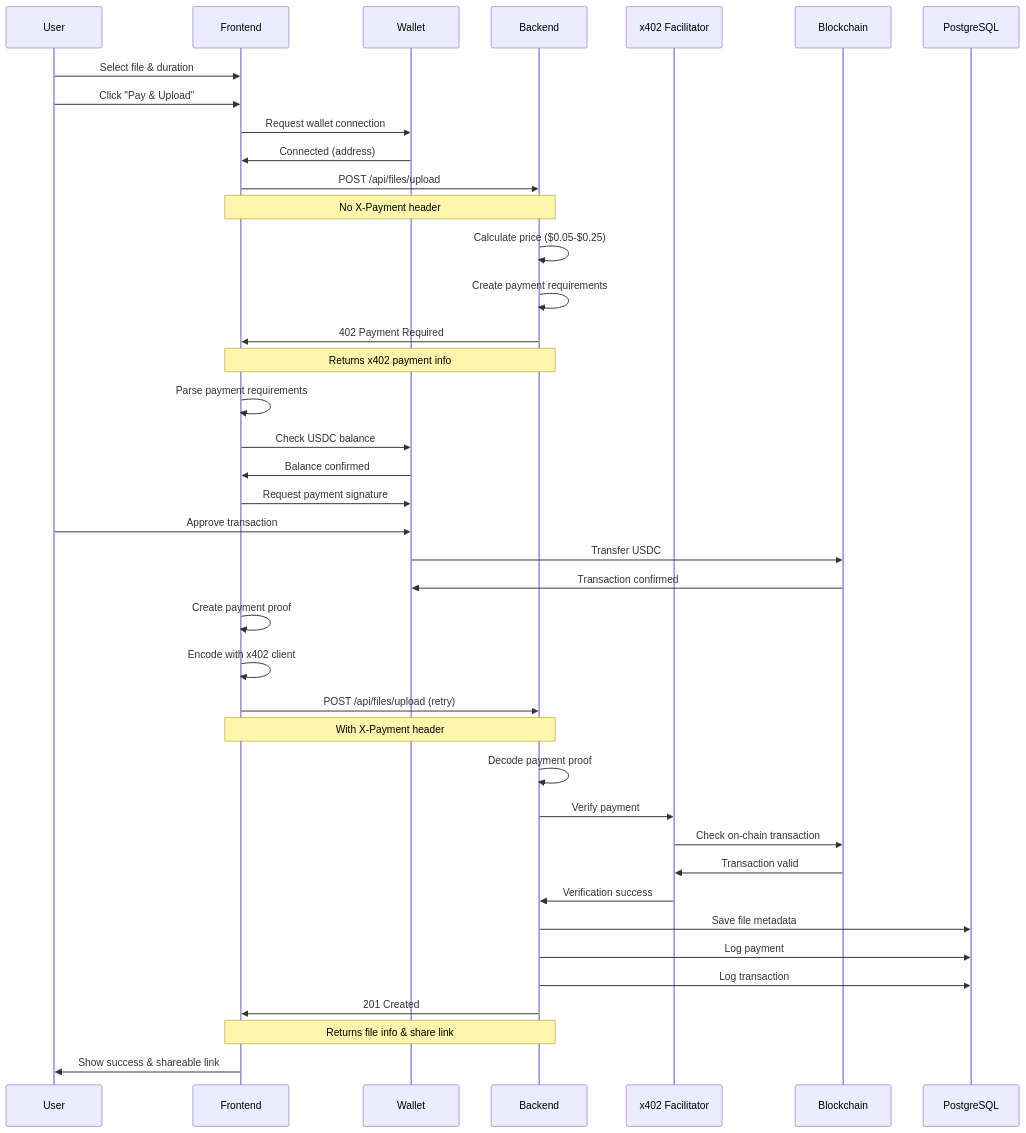
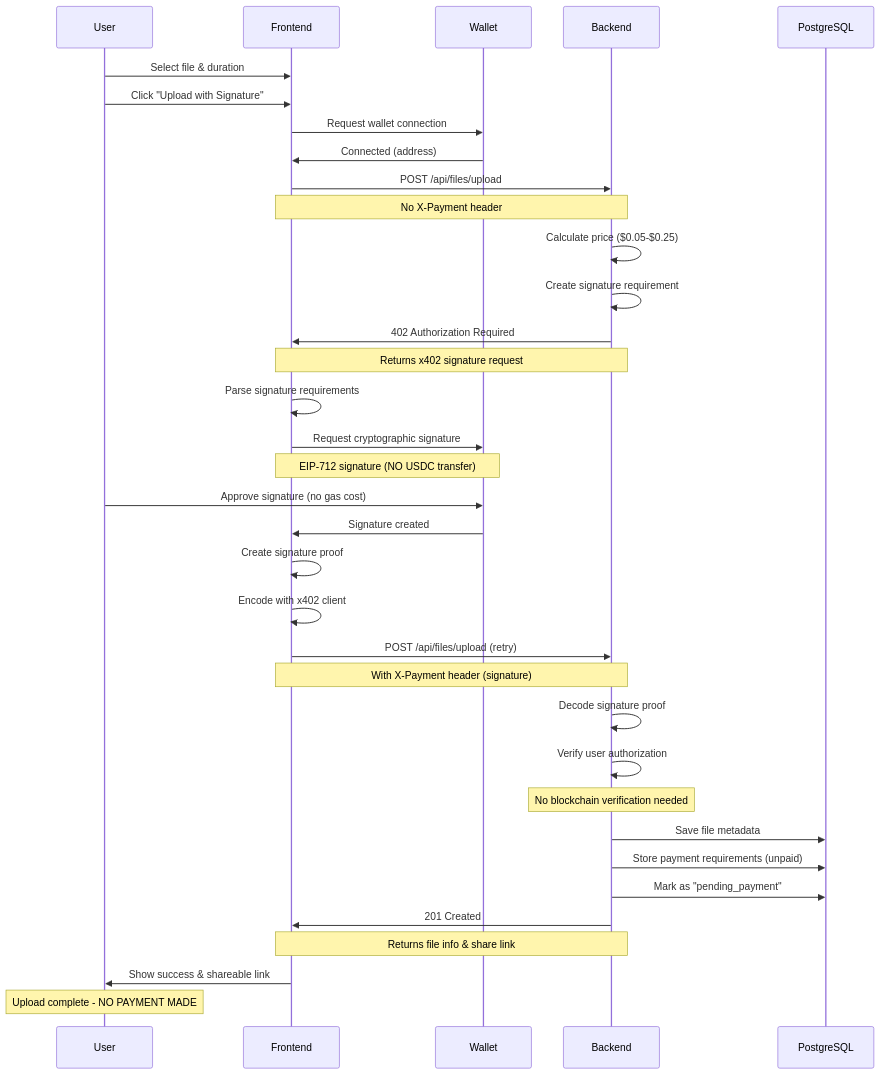
Before and after one commit to rajat-sharma-Dev/TempFileStorage: the first of 2 diagrams in README.md, drawn with Mermaid. The commit also changed other lines of this file, not shown here.

````diff
--- a/README.md
+++ b/README.md
@@ -210,53 +271,48 @@
 ```mermaid
 sequenceDiagram
     participant U as User
     participant F as Frontend
     participant W as Wallet
     participant B as Backend
-    participant X as x402 Facilitator
-    participant BC as Blockchain
     participant DB as PostgreSQL
 
     U->>F: Select file & duration
-    U->>F: Click "Pay & Upload"
+    U->>F: Click "Upload with Signature"
     F->>W: Request wallet connection
     W->>F: Connected (address)
     
     F->>B: POST /api/files/upload
     Note over F,B: No X-Payment header
     
     B->>B: Calculate price ($0.05-$0.25)
-    B->>B: Create payment requirements
-    B->>F: 402 Payment Required
-    Note over B,F: Returns x402 payment info
+    B->>B: Create signature requirement
+    B->>F: 402 Authorization Required
+    Note over B,F: Returns x402 signature request
     
-    F->>F: Parse payment requirements
-    F->>W: Check USDC balance
-    W->>F: Balance confirmed
+    F->>F: Parse signature requirements
+    F->>W: Request cryptographic signature
+    Note over F,W: EIP-712 signature (NO USDC transfer)
     
-    F->>W: Request payment signature
-    U->>W: Approve transaction
-    W->>BC: Transfer USDC
-    BC->>W: Transaction confirmed
+    U->>W: Approve signature (no gas cost)
+    W->>F: Signature created
     
-    F->>F: Create payment proof
+    F->>F: Create signature proof
     F->>F: Encode with x402 client
     
     F->>B: POST /api/files/upload (retry)
-    Note over F,B: With X-Payment header
+    Note over F,B: With X-Payment header (signature)
     
-    B->>B: Decode payment proof
-    B->>X: Verify payment
-    X->>BC: Check on-chain transaction
-    BC->>X: Transaction valid
-    X->>B: Verification success
+    B->>B: Decode signature proof
+    B->>B: Verify user authorization
+    Note over B: No blockchain verification needed
     
     B->>DB: Save file metadata
-    B->>DB: Log payment
-    B->>DB: Log transaction
+    B->>DB: Store payment requirements (unpaid)
+    B->>DB: Mark as "pending_payment"
     
     B->>F: 201 Created
     Note over B,F: Returns file info & share link
     
     F->>U: Show success & shareable link
+    Note over U: Upload complete - NO PAYMENT MADE
 ```
````
